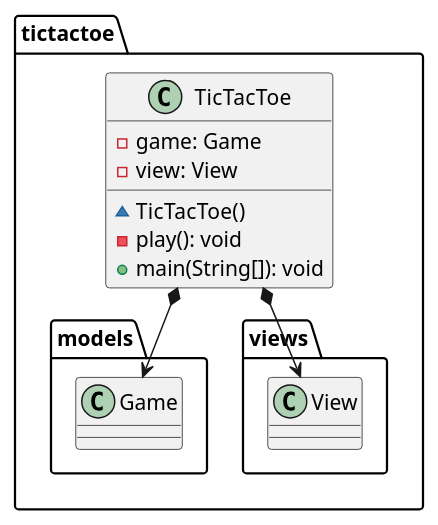
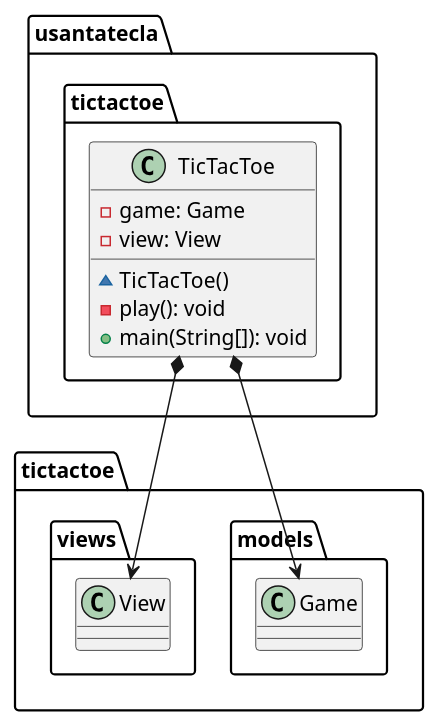
One commit to Jolucaa/USantaTecla-project-ticTacToe changed the first of 4 diagrams in documentView/console/docs/diagrams/src/paquetes.plantuml. Above: the diagram before and after it, drawn with PlantUML. The commit also changed other lines of this file and 5 other files, not shown here.

```diff
--- a/documentView/console/docs/diagrams/src/paquetes.plantuml
+++ b/documentView/console/docs/diagrams/src/paquetes.plantuml
@@ -1,11 +1,11 @@
 @startuml tictactoe
-class  tictactoe.TicTacToe{
+class  usantatecla.tictactoe.TicTacToe{
 - game: Game
 - view: View
 ~ TicTacToe()
 - play(): void
 + main(String[]): void
 }
-tictactoe.TicTacToe *-down-> tictactoe.models.Game
-tictactoe.TicTacToe *-down-> tictactoe.views.View
+usantatecla.tictactoe.TicTacToe *-down-> tictactoe.models.Game
+usantatecla.tictactoe.TicTacToe *-down-> tictactoe.views.View
 @enduml
```
